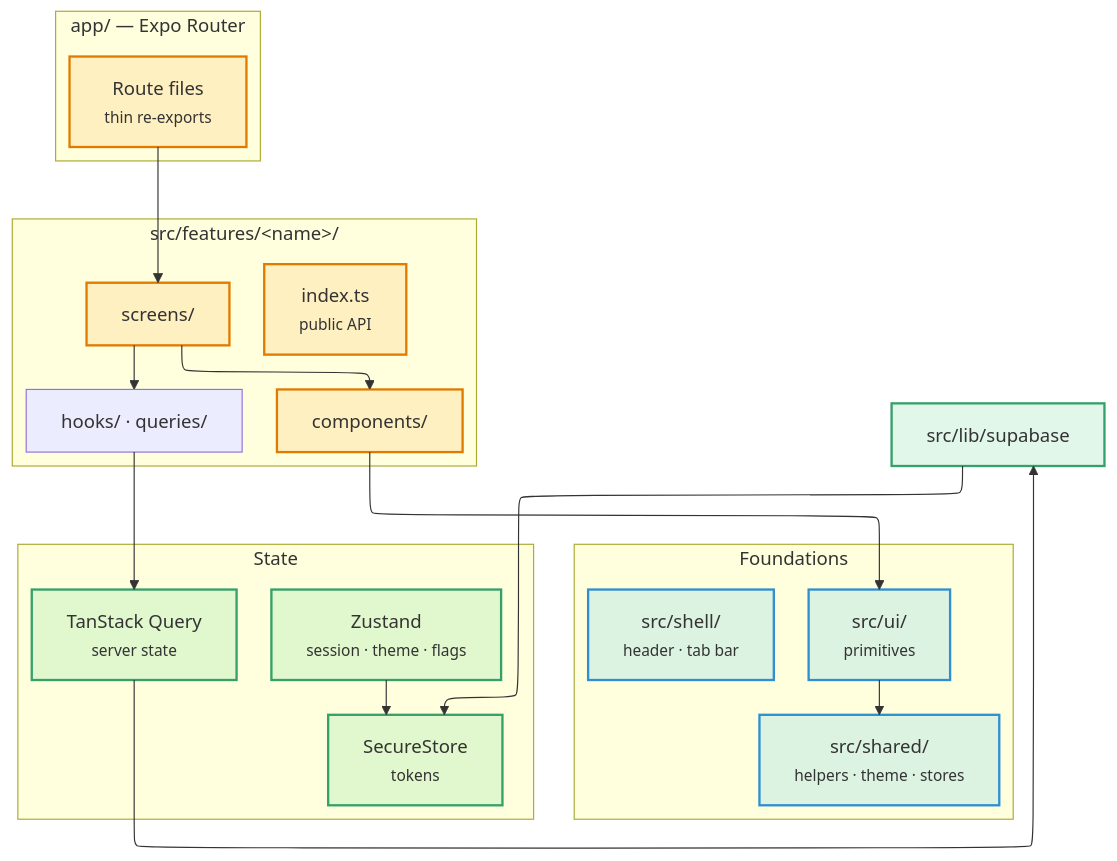
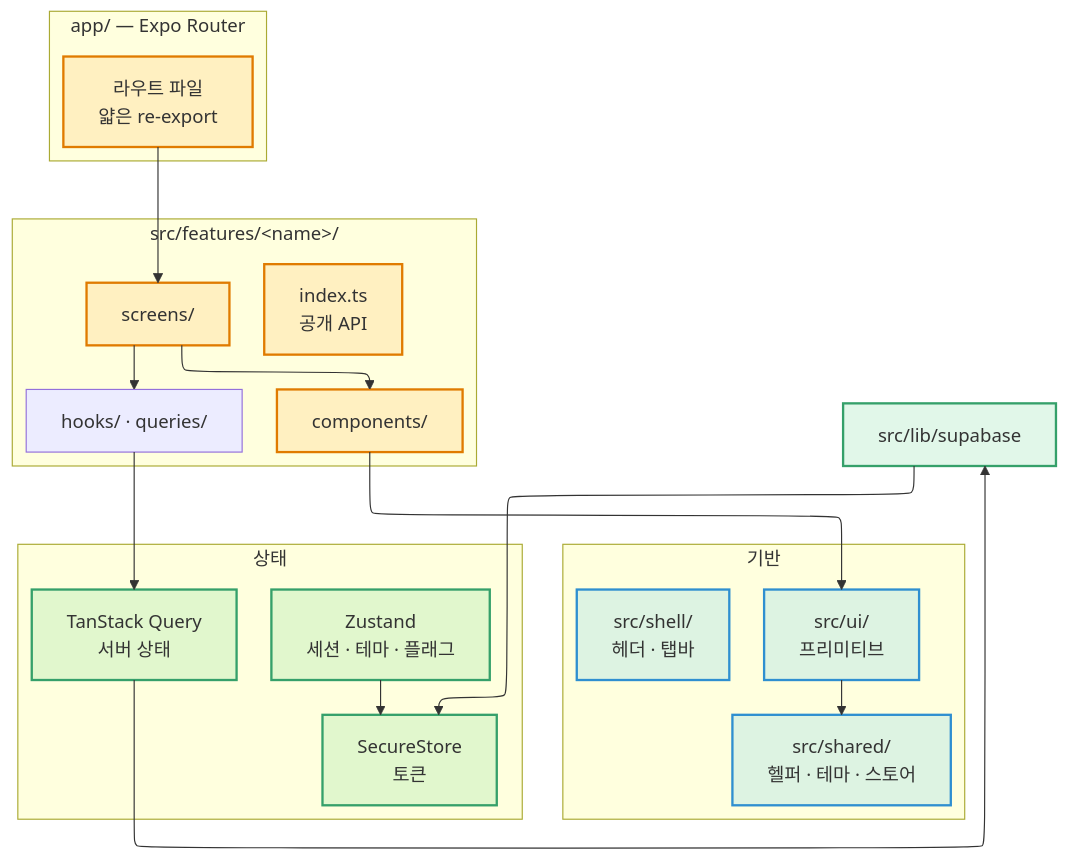
The sixth of 6 diagrams in docs/engineering/architecture.md (PopOut-Market/popout-docs), drawn with Mermaid before and after one commit. The commit also changed other lines of this file and 45 other files, not shown here.

````diff
--- a/docs/engineering/architecture.md
+++ b/docs/engineering/architecture.md
@@ -295,46 +288,46 @@
 ```mermaid
 %%{init: {"layout": "elk"}}%%
 flowchart TB
     subgraph routes["app/ — Expo Router"]
-        r["Route files<br/><small>thin re-exports</small>"]
+        r["라우트 파일<br/>얇은 re-export"]
     end
 
     subgraph feat["src/features/&lt;name&gt;/"]
         sc["screens/"]
         co["components/"]
         hk["hooks/ · queries/"]
-        ix["index.ts<br/><small>public API</small>"]
+        ix["index.ts<br/>공개 API"]
     end
 
-    subgraph found["Foundations"]
-        ui["src/ui/<br/><small>primitives</small>"]
-        sh["src/shared/<br/><small>helpers · theme · stores</small>"]
-        shell["src/shell/<br/><small>header · tab bar</small>"]
+    subgraph found["기반"]
+        ui["src/ui/<br/>프리미티브"]
+        sh["src/shared/<br/>헬퍼 · 테마 · 스토어"]
+        shell["src/shell/<br/>헤더 · 탭바"]
     end
 
-    subgraph state["State"]
-        tq["TanStack Query<br/><small>server state</small>"]
-        zu["Zustand<br/><small>session · theme · flags</small>"]
-        ss["SecureStore<br/><small>tokens</small>"]
+    subgraph state["상태"]
+        tq["TanStack Query<br/>서버 상태"]
+        zu["Zustand<br/>세션 · 테마 · 플래그"]
+        ss["SecureStore<br/>토큰"]
     end
 
     sb["src/lib/supabase"]
 
     r --> sc
     sc --> co
     sc --> hk
     co --> ui
     hk --> tq
     ui --> sh
     tq --> sb
     zu --> ss
     sb --> ss
 
     classDef client fill:#ff8c0022,stroke:#e07b00,stroke-width:2px
     classDef data fill:#22c55e22,stroke:#35a06a,stroke-width:2px
     classDef edge fill:#00a6f422,stroke:#2f8fd0,stroke-width:2px
 
     class r,sc,co,ix client
     class ui,sh,shell edge
     class tq,zu,ss,sb data
 ```
````
